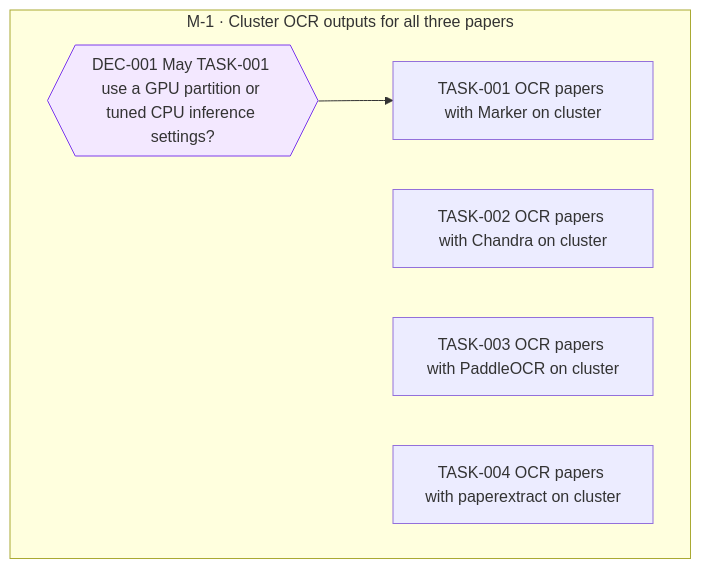
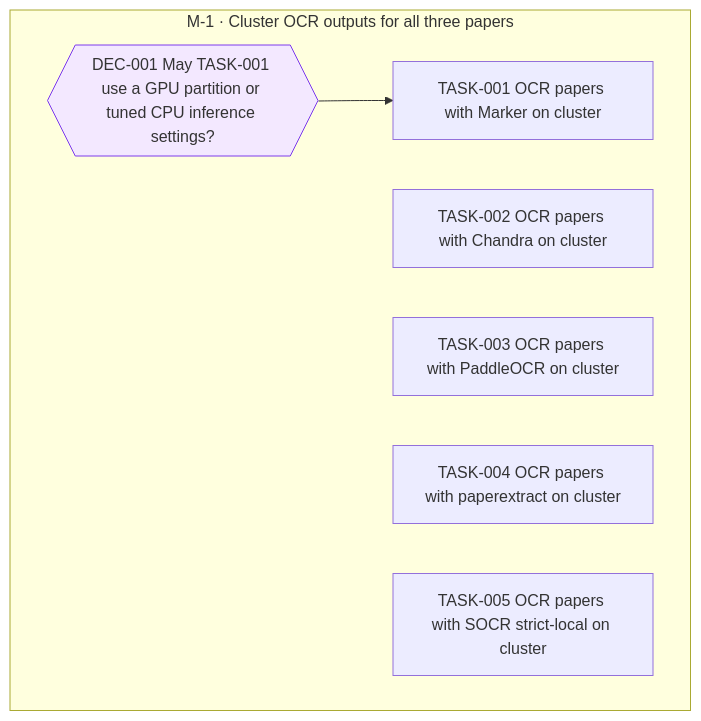
One commit to jesusvillota/replicate changed the diagram in goals/ocr-cluster/README.md. Above: the diagram before and after it, drawn with Mermaid. The commit also changed 1 other file, not shown here.

Commit message:
goal(ocr-cluster): add TASK-005 OCR papers with SOCR strict-local on cluster

````diff
--- a/goals/ocr-cluster/README.md
+++ b/goals/ocr-cluster/README.md
@@ -19,15 +19,16 @@
 ```mermaid
 flowchart TD
   subgraph M_1["M-1 · Cluster OCR outputs for all three papers"]
     DEC_001{{"DEC-001 May TASK-001 use a GPU partition or tuned CPU inference settings?"}}
     TASK_001["TASK-001 OCR papers with Marker on cluster"]
     TASK_002["TASK-002 OCR papers with Chandra on cluster"]
     TASK_003["TASK-003 OCR papers with PaddleOCR on cluster"]
     TASK_004["TASK-004 OCR papers with paperextract on cluster"]
+    TASK_005["TASK-005 OCR papers with SOCR strict-local on cluster"]
   end
   DEC_001 --> TASK_001
   classDef draft stroke-dasharray: 4 3
   classDef cancelled opacity:0.45
   classDef decision fill:#f3e8ff,stroke:#7c3aed
   class DEC_001 decision
 ```
````
